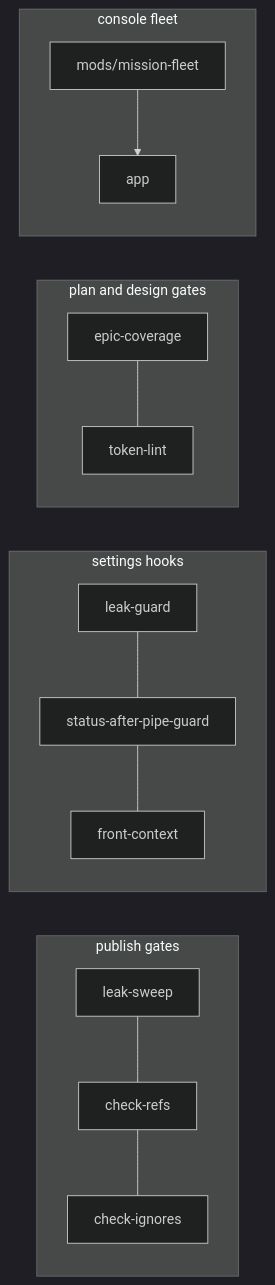
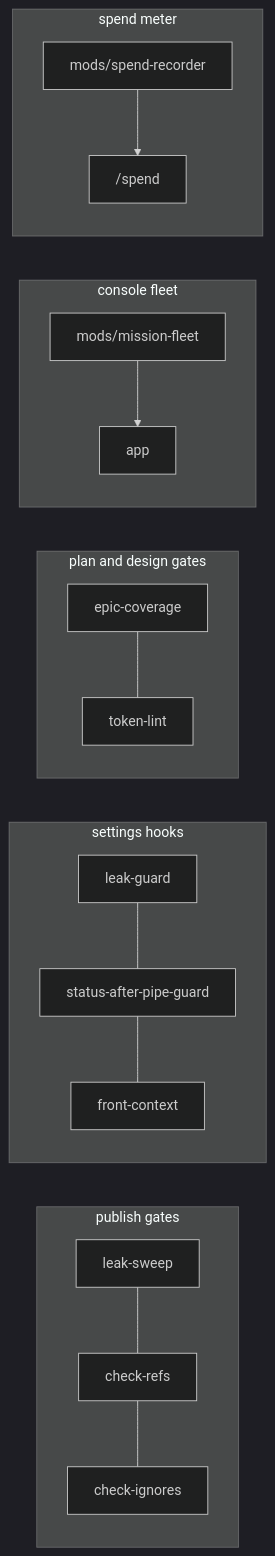
The diagram in tools/README.md (sultanassi95/mission-control), drawn with Mermaid (dark theme) before and after one commit. The commit also changed other lines of this file and 8 other files, not shown here.

````diff
--- a/tools/README.md
+++ b/tools/README.md
@@ -6,15 +6,18 @@
 ```mermaid
 flowchart LR
   subgraph PUB[publish gates]
     LS[leak-sweep] --- CR[check-refs] --- CI[check-ignores]
   end
   subgraph HK[settings hooks]
     LG[leak-guard] --- SP[status-after-pipe-guard] --- FC[front-context]
   end
   subgraph PLAN[plan and design gates]
     EC[epic-coverage] --- TL[token-lint]
   end
   subgraph FLEET[console fleet]
     MF[mods/mission-fleet] --> APP[app]
   end
+  subgraph METER[spend meter]
+    SR[mods/spend-recorder] --> SPEND["/spend"]
+  end
 ```
````
